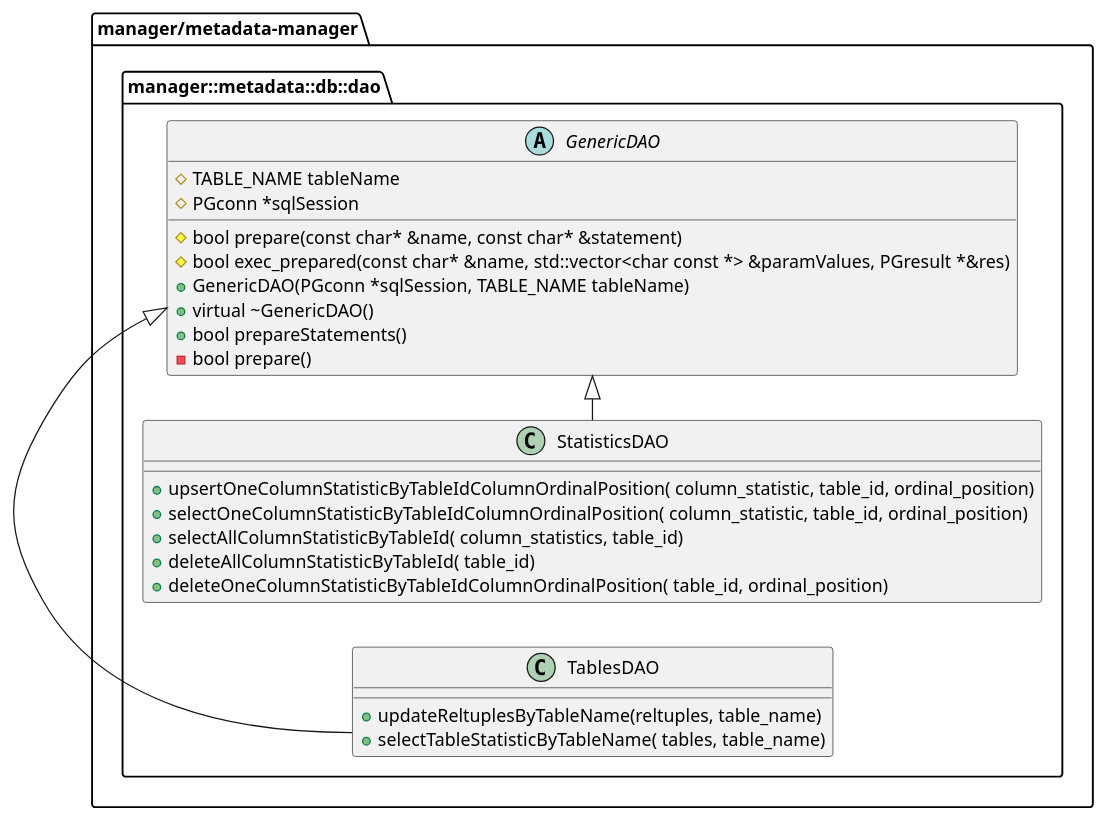
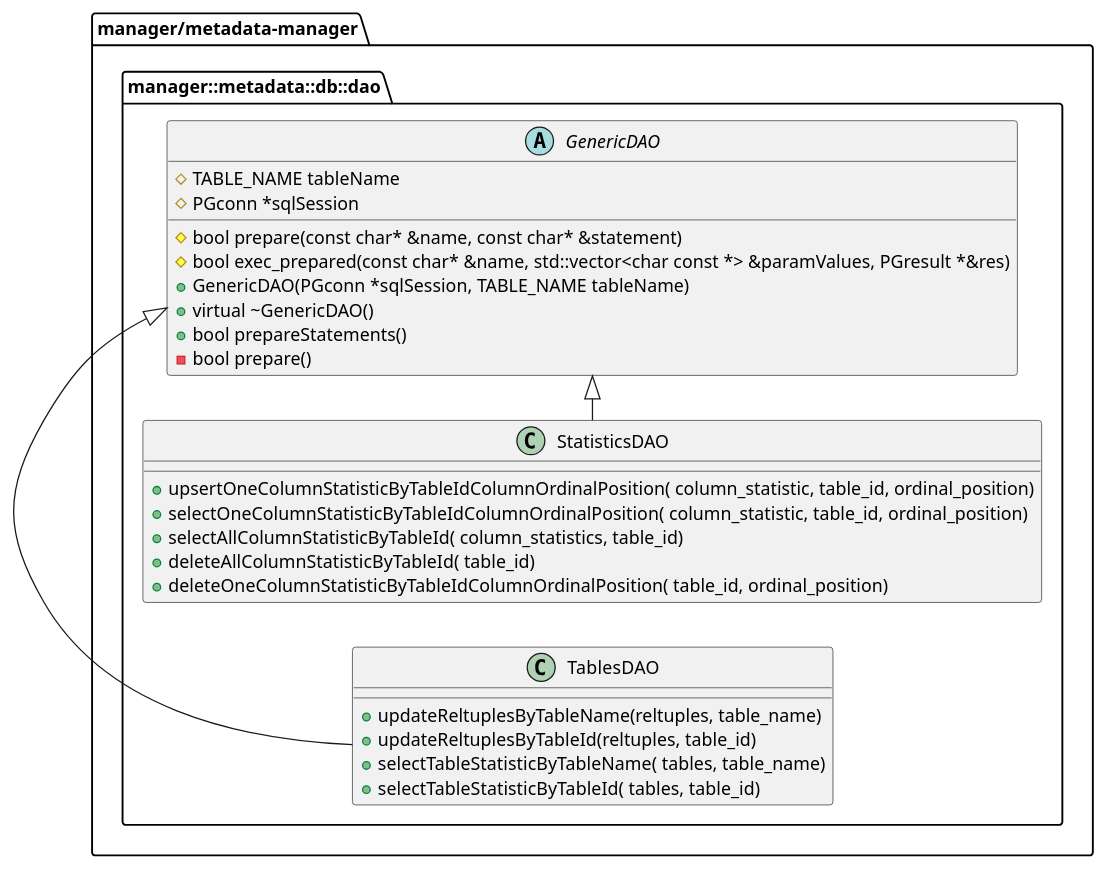
One commit to project-tsurugi/metadata-manager changed the fifth of 7 diagrams in metadata-manager/docs/statistic/02.FD/uml/ClassDiagram_detail.pu. Above: the diagram before and after it, drawn with PlantUML. The commit also changed other lines of this file and 10 other files, not shown here.

```diff
--- a/metadata-manager/docs/statistic/02.FD/uml/ClassDiagram_detail.pu
+++ b/metadata-manager/docs/statistic/02.FD/uml/ClassDiagram_detail.pu
@@ -226,39 +228,41 @@
 @startuml ClassDiagram_detail_dao
 left to right direction
 
 package "manager/metadata-manager" {
   
   package manager::metadata::db::dao{
   
     abstract class GenericDAO
     {
       {field}#TABLE_NAME tableName
 	    {field}#PGconn *sqlSession
       {method}#bool prepare(const char* &name, const char* &statement)
 	    {method}#bool exec_prepared(const char* &name, std::vector<char const *> &paramValues, PGresult *&res)
 	    {method}+GenericDAO(PGconn *sqlSession, TABLE_NAME tableName)
 	    {method}+virtual ~GenericDAO()
       {method}+bool prepareStatements()
       {method}-bool prepare()
     }
 
     class "StatisticsDAO" as StatisticsDAO{
       {method}+upsertOneColumnStatisticByTableIdColumnOrdinalPosition( column_statistic, table_id, ordinal_position)
       {method}+selectOneColumnStatisticByTableIdColumnOrdinalPosition( column_statistic, table_id, ordinal_position)
       {method}+selectAllColumnStatisticByTableId( column_statistics, table_id)
       {method}+deleteAllColumnStatisticByTableId( table_id)
       {method}+deleteOneColumnStatisticByTableIdColumnOrdinalPosition( table_id, ordinal_position)
     }
   
     class "TablesDAO" as TablesDAO{
       {method}+updateReltuplesByTableName(reltuples, table_name)
+      {method}+updateReltuplesByTableId(reltuples, table_id)
       {method}+selectTableStatisticByTableName( tables, table_name)
+      {method}+selectTableStatisticByTableId( tables, table_id)
     }
   
   }
 
   StatisticsDAO -|> GenericDAO
   TablesDAO -|> GenericDAO
 }
 
 @enduml
```
